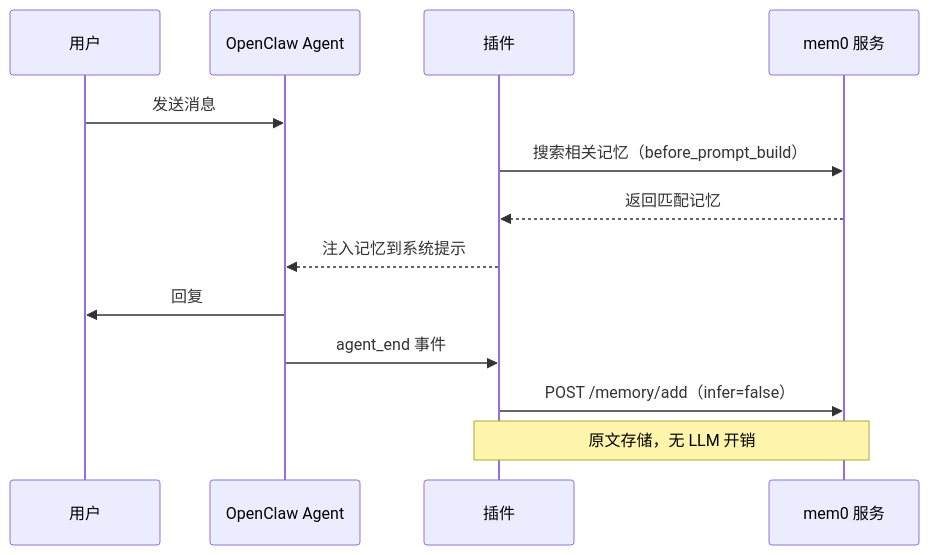
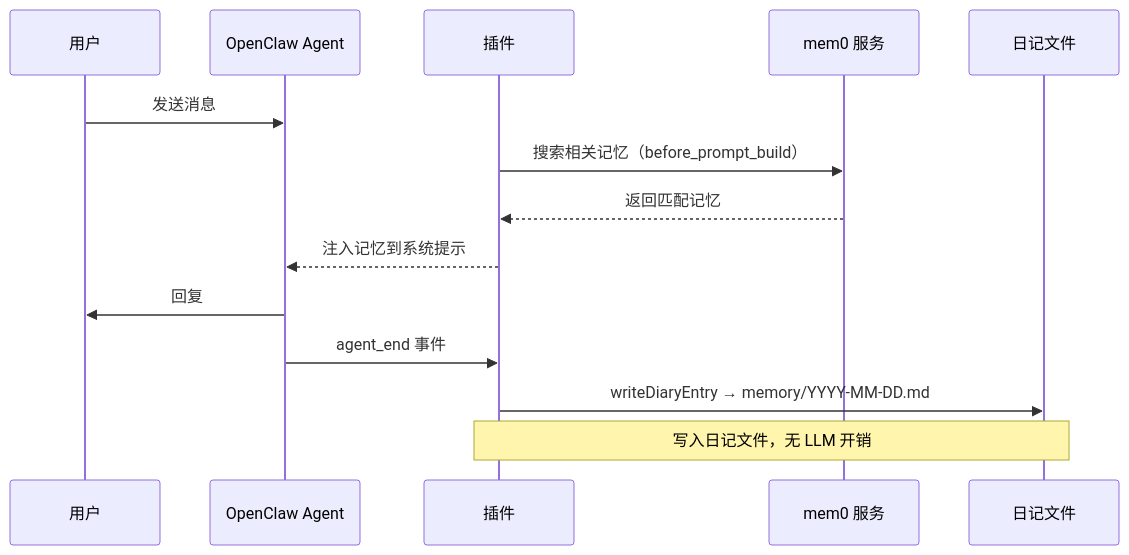
The second of 3 diagrams in docs/openclaw-plugin.zh.md (norrishuang/mem0-memory-service), drawn with Mermaid before and after one commit. The commit also changed other lines of this file and 6 other files, not shown here.

First line of the commit message:
docs: update architecture docs to reflect new real-time diary write pipeline

````diff
--- a/docs/openclaw-plugin.zh.md
+++ b/docs/openclaw-plugin.zh.md
@@ -37,16 +37,17 @@
 ```mermaid
 sequenceDiagram
     participant U as 用户
     participant OC as OpenClaw Agent
     participant P as 插件
     participant M as mem0 服务
+    participant FS as 日记文件
 
     U->>OC: 发送消息
     P->>M: 搜索相关记忆（before_prompt_build）
     M-->>P: 返回匹配记忆
     P-->>OC: 注入记忆到系统提示
     OC->>U: 回复
     OC->>P: agent_end 事件
-    P->>M: POST /memory/add（infer=false）
-    Note over P,M: 原文存储，无 LLM 开销
+    P->>FS: writeDiaryEntry → memory/YYYY-MM-DD.md
+    Note over P,FS: 写入日记文件，无 LLM 开销
 ```
````
